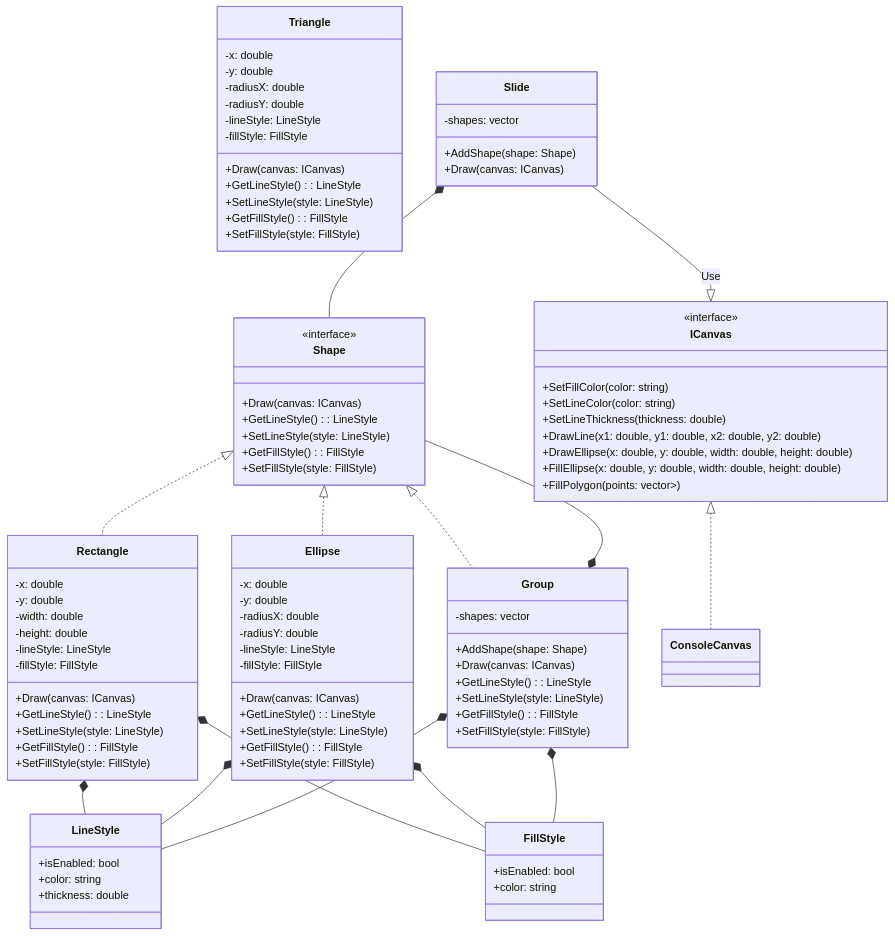
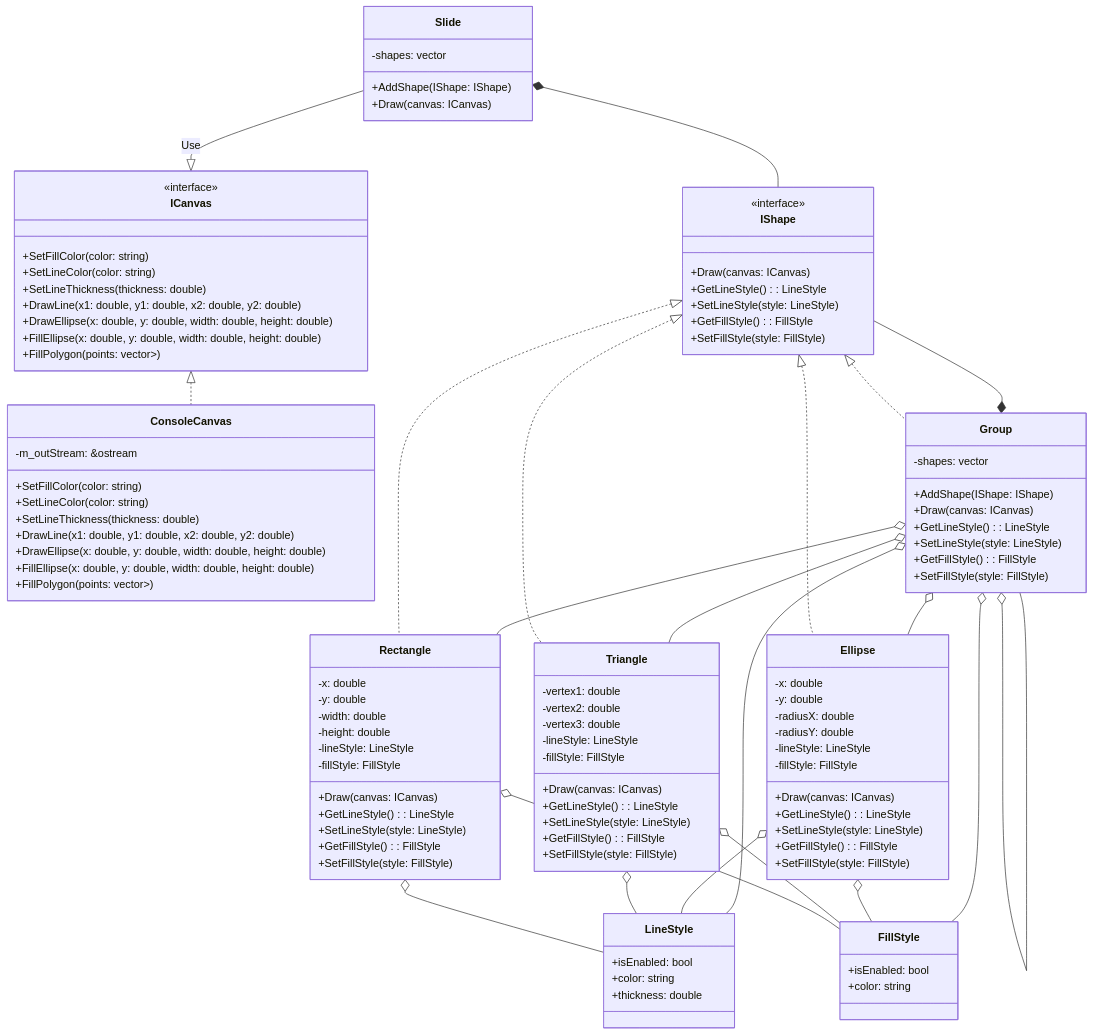
Before and after one commit to Thehedgeh0g/OODLabs: the diagram in 7/uml.md, drawn with Mermaid. The commit also changed 8 other files, not shown here.

````diff
--- a/7/uml.md
+++ b/7/uml.md
@@ -2,6 +2,16 @@
 classDiagram
     class ICanvas {
         <<interface>>
+        +SetFillColor(color: string)
+        +SetLineColor(color: string)
+        +SetLineThickness(thickness: double)
+        +DrawLine(x1: double, y1: double, x2: double, y2: double)
+        +DrawEllipse(x: double, y: double, width: double, height: double)
+        +FillEllipse(x: double, y: double, width: double, height: double)
+        +FillPolygon(points: vector<pair<double, double>>)
+    }
+    class ConsoleCanvas {
+        -m_outStream: &ostream
         +SetFillColor(color: string)
         +SetLineColor(color: string)
         +SetLineThickness(thickness: double)
@@ -22,7 +32,7 @@
         +color: string
     }
 
-    class Shape {
+    class IShape {
         <<interface>>
         +Draw(canvas: ICanvas)
         +GetLineStyle(): LineStyle
@@ -60,10 +70,9 @@
     }
 
     class Triangle {
-        -x: double
-        -y: double
-        -radiusX: double
-        -radiusY: double
+        -vertex1: double
+        -vertex2: double
+        -vertex3: double
         -lineStyle: LineStyle
         -fillStyle: FillStyle
         +Draw(canvas: ICanvas)
@@ -74,8 +83,8 @@
     }
 
     class Group {
-        -shapes: vector<Shape>
-        +AddShape(shape: Shape)
+        -shapes: vector<IShape>
+        +AddShape(IShape: IShape)
         +Draw(canvas: ICanvas)
         +GetLineStyle(): LineStyle
         +SetLineStyle(style: LineStyle)
@@ -84,22 +93,29 @@
     }
 
     class Slide {
-        -shapes: vector<Shape>
-        +AddShape(shape: Shape)
+        -shapes: vector<IShape>
+        +AddShape(IShape: IShape)
         +Draw(canvas: ICanvas)
     }
 
     ICanvas <|.. ConsoleCanvas
-    Shape <|.. Rectangle
-    Shape <|.. Ellipse
-    Shape <|.. Group
-    Slide *-- Shape
-    Group *-- Shape
-    Rectangle *-- LineStyle
-    Rectangle *-- FillStyle
-    Ellipse *-- LineStyle
-    Ellipse *-- FillStyle
-    Group *-- LineStyle
-    Group *-- FillStyle
+    IShape <|.. Rectangle
+    IShape <|.. Ellipse
+    IShape <|.. Triangle
+    IShape <|.. Group
+    Slide *-- IShape
+    Group *-- IShape
+    Rectangle o-- LineStyle
+    Rectangle o-- FillStyle
+    Triangle o-- LineStyle
+    Triangle o-- FillStyle
+    Ellipse o-- LineStyle
+    Ellipse o-- FillStyle
+    Group o-- LineStyle
+    Group o-- FillStyle
+    Group o-- Rectangle
+    Group o-- Triangle
+    Group o-- Ellipse
+    Group o-- Group
     Slide --|> ICanvas : Use
 ```
````
